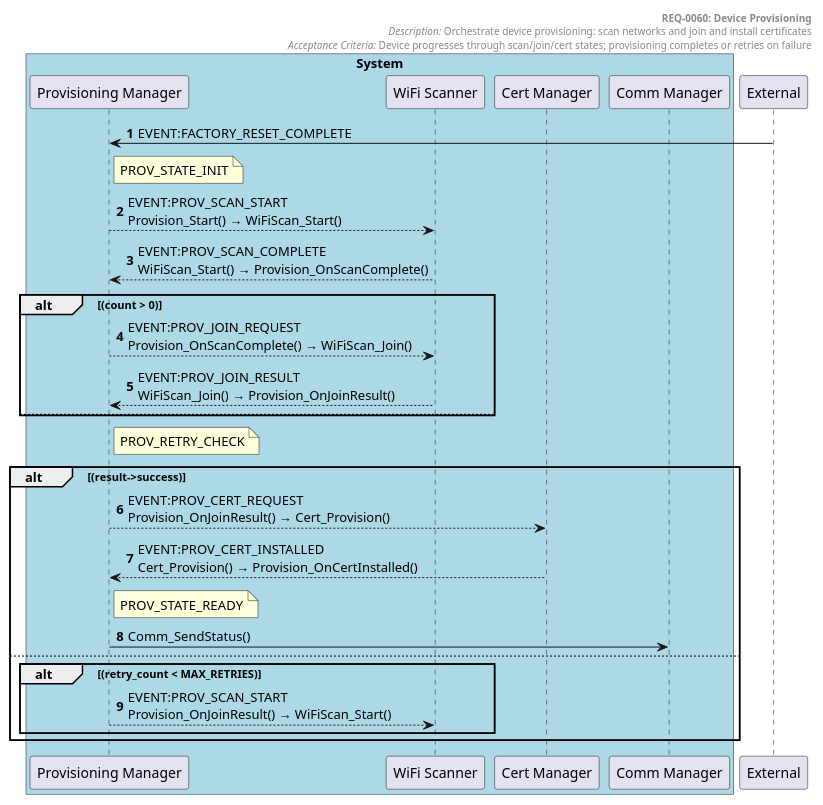
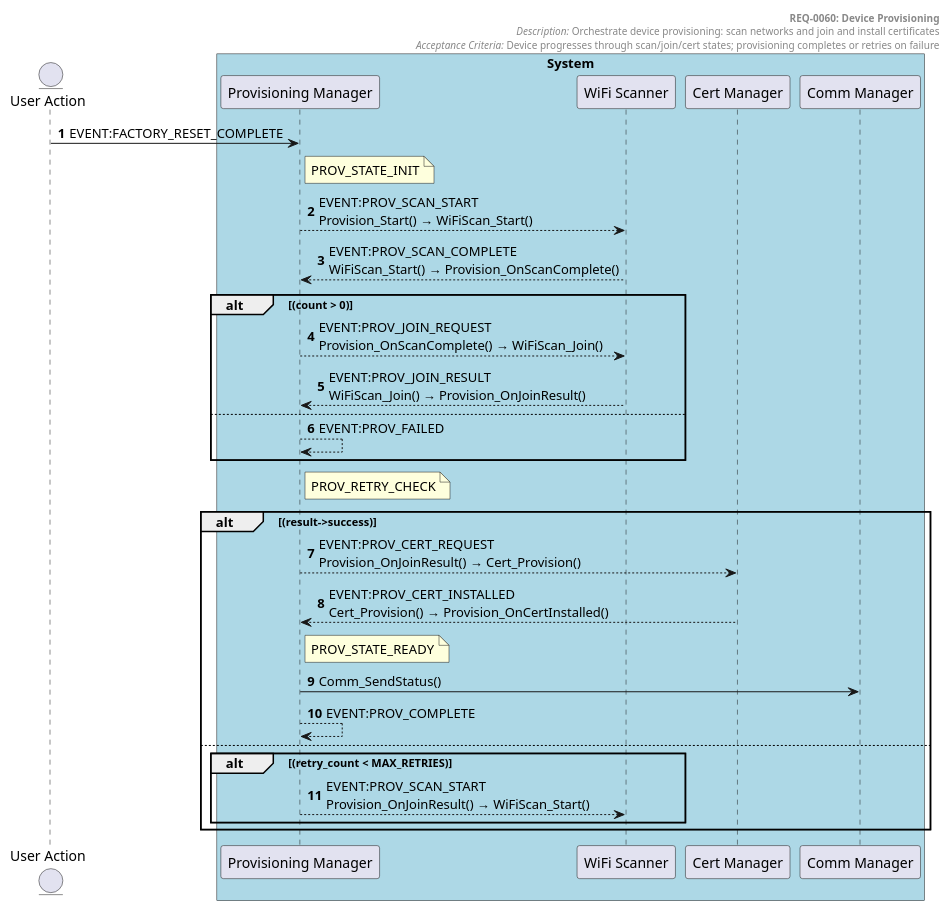
The diagram in docs/generated/sequences/REQ-0060.puml (tvanfossen/doxygen-guard-example), drawn with PlantUML before and after one commit. The commit also changed 1 other file, not shown here.

Commit message:
Fix rendering gaps: terminal self-arrows, User Action participant
- Unresolved emits now render as self-arrows (terminal states visible)
- Add User Action external for EVENT:FACTORY_ prefix
- REQ-0060 else branch shows EVENT:PROV_FAILED path

```diff
--- a/docs/generated/sequences/REQ-0060.puml
+++ b/docs/generated/sequences/REQ-0060.puml
@@ -1,39 +1,43 @@
 @startuml REQ-0060 Device Provisioning
 autonumber
+
+entity "User Action" as User_Action
 
 box "System" #LightBlue
   participant "Provisioning Manager" as Provisioning_Manager
   participant "WiFi Scanner" as WiFi_Scanner
   participant "Cert Manager" as Cert_Manager
   participant "Comm Manager" as Comm_Manager
 end box
 
 header
   **REQ-0060: Device Provisioning**
   //Description:// Orchestrate device provisioning: scan networks and join and install certificates
   //Acceptance Criteria:// Device progresses through scan/join/cert states; provisioning completes or retries on failure
 end header
 
 
-External -> Provisioning_Manager: EVENT:FACTORY_RESET_COMPLETE
+User_Action -> Provisioning_Manager: EVENT:FACTORY_RESET_COMPLETE
 note right of Provisioning_Manager: PROV_STATE_INIT
 Provisioning_Manager --> WiFi_Scanner: EVENT:PROV_SCAN_START\nProvision_Start() → WiFiScan_Start()
 WiFi_Scanner --> Provisioning_Manager: EVENT:PROV_SCAN_COMPLETE\nWiFiScan_Start() → Provision_OnScanComplete()
 alt (count > 0)
 Provisioning_Manager --> WiFi_Scanner: EVENT:PROV_JOIN_REQUEST\nProvision_OnScanComplete() → WiFiScan_Join()
 WiFi_Scanner --> Provisioning_Manager: EVENT:PROV_JOIN_RESULT\nWiFiScan_Join() → Provision_OnJoinResult()
 else
+Provisioning_Manager --> Provisioning_Manager: EVENT:PROV_FAILED
 end alt
 note right of Provisioning_Manager: PROV_RETRY_CHECK
 alt (result->success)
 Provisioning_Manager --> Cert_Manager: EVENT:PROV_CERT_REQUEST\nProvision_OnJoinResult() → Cert_Provision()
 Cert_Manager --> Provisioning_Manager: EVENT:PROV_CERT_INSTALLED\nCert_Provision() → Provision_OnCertInstalled()
 note right of Provisioning_Manager: PROV_STATE_READY
 Provisioning_Manager -> Comm_Manager: Comm_SendStatus()
+Provisioning_Manager --> Provisioning_Manager: EVENT:PROV_COMPLETE
 else
 alt (retry_count < MAX_RETRIES)
 Provisioning_Manager --> WiFi_Scanner: EVENT:PROV_SCAN_START\nProvision_OnJoinResult() → WiFiScan_Start()
 end alt
 end alt
 
 @enduml
```
